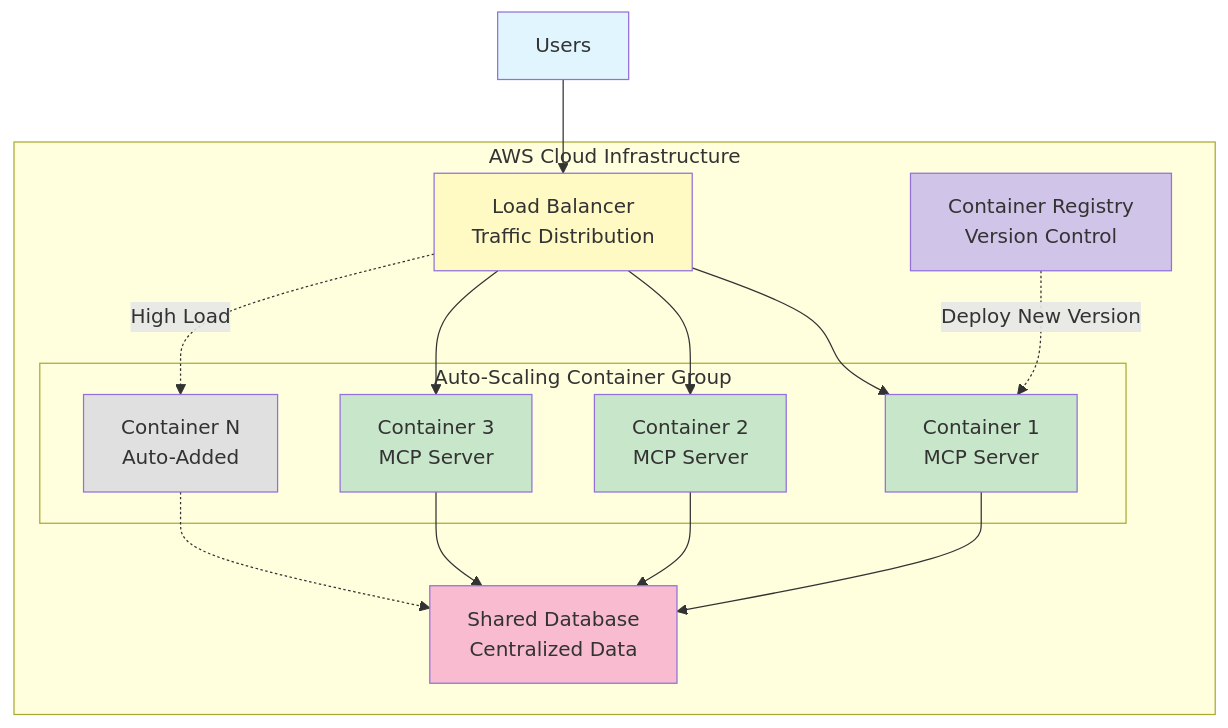
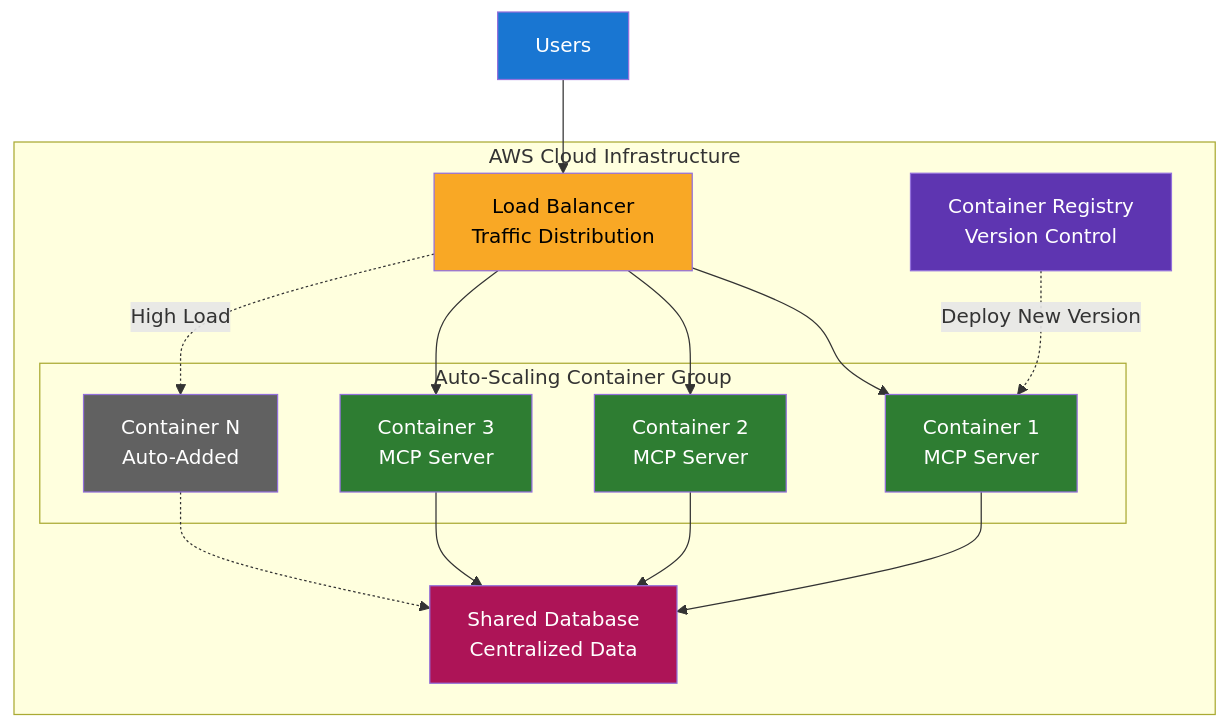
The sixth of 15 diagrams in AWS_DEPLOYMENT_EXECUTIVE_GUIDE.md (SamyamoyRakshitSigmoid/MCP-Exploration), drawn with Mermaid before and after one commit. The commit also changed other lines of this file, not shown here.

Commit message:
style: Update diagram colors for improved visibility and consistency

````diff
--- a/AWS_DEPLOYMENT_EXECUTIVE_GUIDE.md
+++ b/AWS_DEPLOYMENT_EXECUTIVE_GUIDE.md
@@ -240,36 +240,36 @@
 ```mermaid
 graph TB
     subgraph "AWS Cloud Infrastructure"
         A[Load Balancer<br/>Traffic Distribution]
         
         subgraph "Auto-Scaling Container Group"
             B1[Container 1<br/>MCP Server]
             B2[Container 2<br/>MCP Server]
             B3[Container 3<br/>MCP Server]
             B4[Container N<br/>Auto-Added]
         end
         
         C[Shared Database<br/>Centralized Data]
         D[Container Registry<br/>Version Control]
     end
     
     E[Users] --> A
     A --> B1
     A --> B2
     A --> B3
     A -.->|High Load| B4
     B1 --> C
     B2 --> C
     B3 --> C
     B4 -.-> C
     D -.->|Deploy New Version| B1
     
-    style A fill:#fff9c4
-    style B1 fill:#c8e6c9
-    style B2 fill:#c8e6c9
-    style B3 fill:#c8e6c9
-    style B4 fill:#e0e0e0
-    style C fill:#f8bbd0
-    style D fill:#d1c4e9
-    style E fill:#e1f5ff
+    style A fill:#f9a825,color:#000
+    style B1 fill:#2e7d32,color:#fff
+    style B2 fill:#2e7d32,color:#fff
+    style B3 fill:#2e7d32,color:#fff
+    style B4 fill:#616161,color:#fff
+    style C fill:#ad1457,color:#fff
+    style D fill:#5e35b1,color:#fff
+    style E fill:#1976d2,color:#fff
 ```
````
